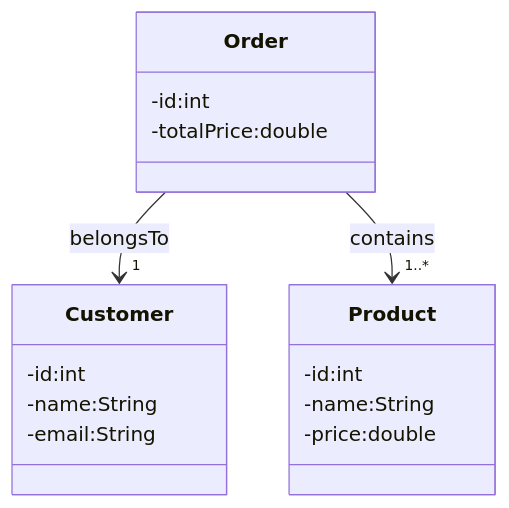
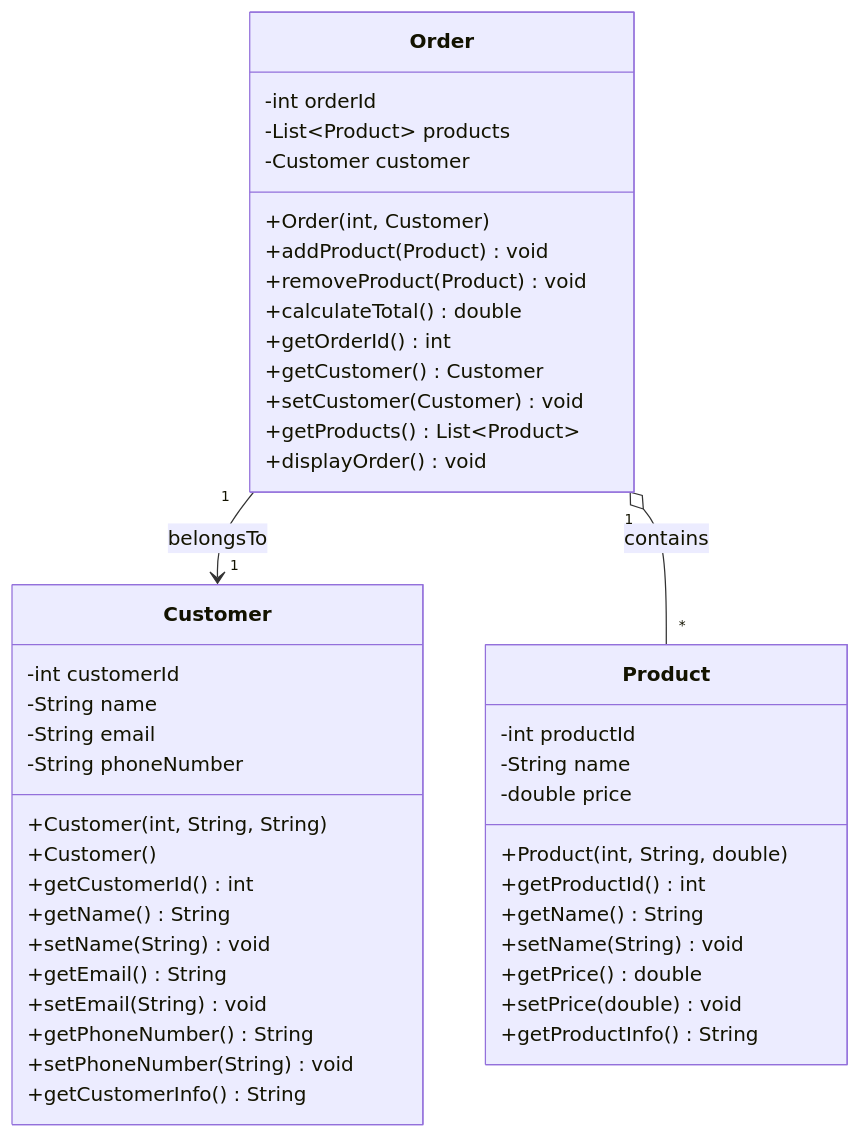
The diagram in src/main/java/se/lexicon/UML.mermaid (SMASobur/OOP1_Workshop), drawn with Mermaid before and after one commit.

Commit message:
Refactor UML for entier apps

```diff
--- a/src/main/java/se/lexicon/UML.mermaid
+++ b/src/main/java/se/lexicon/UML.mermaid
@@ -1,22 +1,48 @@
 classDiagram
     class Customer {
-        -id:int
-        -name:String
-        -email:String
+        -int customerId
+        -String name
+        -String email
+        -String phoneNumber
+        +Customer(int, String, String)
+        +Customer()
+        +getCustomerId() int
+        +getName() String
+        +setName(String) void
+        +getEmail() String
+        +setEmail(String) void
+        +getPhoneNumber() String
+        +setPhoneNumber(String) void
+        +getCustomerInfo() String
     }
 
     class Product {
-        -id:int
-        -name:String
-        -price:double
+        -int productId
+        -String name
+        -double price
+        +Product(int, String, double)
+        +getProductId() int
+        +getName() String
+        +setName(String) void
+        +getPrice() double
+        +setPrice(double) void
+        +getProductInfo() String
     }
 
     class Order {
-        -id:int
-        -totalPrice:double
+        -int orderId
+        -List~Product~ products
+        -Customer customer
+        +Order(int, Customer)
+        +addProduct(Product) void
+        +removeProduct(Product) void
+        +calculateTotal() double
+        +getOrderId() int
+        +getCustomer() Customer
+        +setCustomer(Customer) void
+        +getProducts() List~Product~
+        +displayOrder() void
     }
 
-%% An order belongs to exactly one customer
-    Order --> "1" Customer : belongsTo
-%% An order contains one or more products
-    Order --> "1..*" Product : contains
+    Order "1" --> "1" Customer : belongsTo
+Order "1" o-- "*" Product : contains
```
